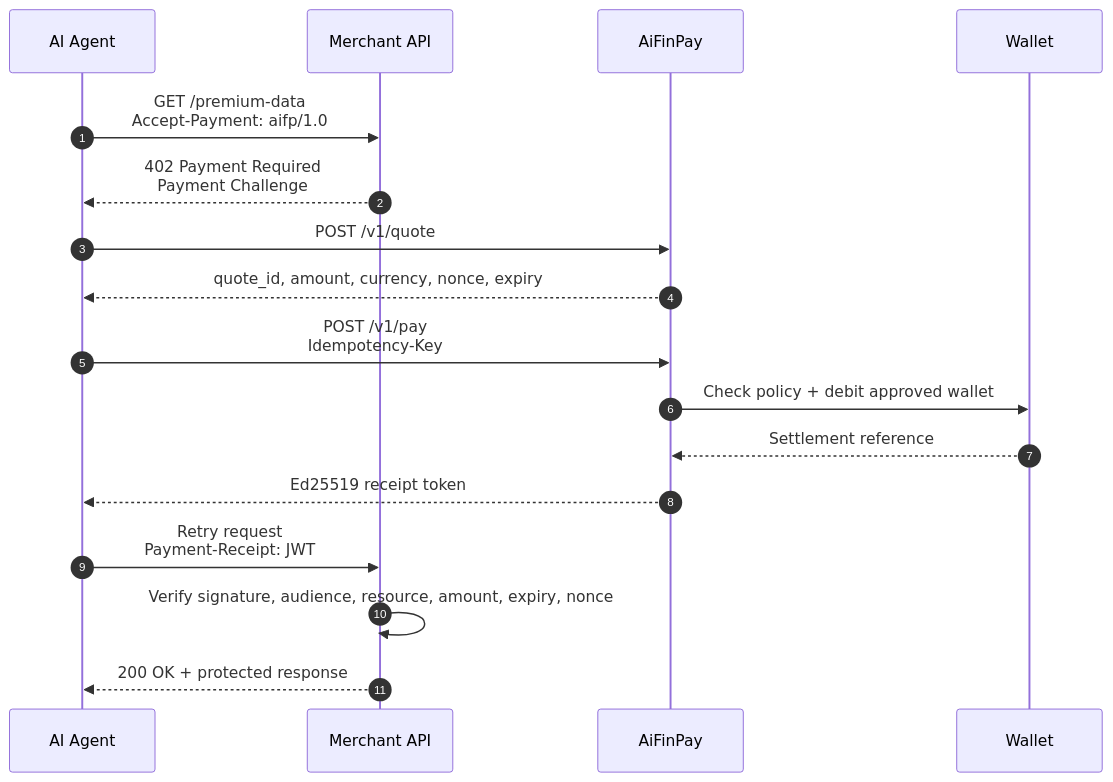
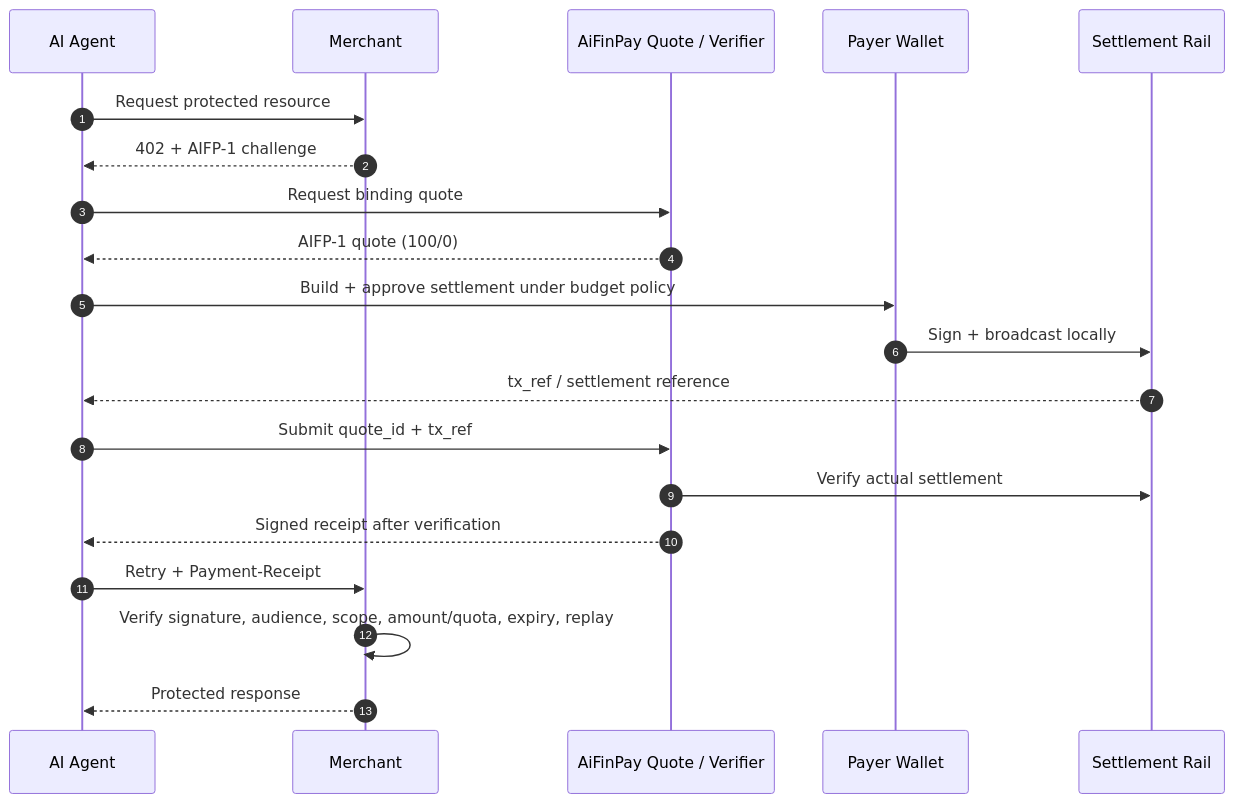
The diagram in README.md (AiFinPay/AIFP-1), drawn with Mermaid before and after one commit. The commit also changed other lines of this file and 25 other files, not shown here.

First line of the commit message:
AIFP-1: post-merge source-of-truth cleanup (#6)

````diff
--- a/README.md
+++ b/README.md
@@ -143,19 +57,23 @@
 ```mermaid
 sequenceDiagram
     autonumber
     participant A as AI Agent
-    participant M as Merchant API
-    participant P as AiFinPay
-    participant W as Wallet
-    A->>M: GET /premium-data<br/>Accept-Payment: aifp/1.0
-    M-->>A: 402 Payment Required<br/>Payment Challenge
-    A->>P: POST /v1/quote
-    P-->>A: quote_id, amount, currency, nonce, expiry
-    A->>P: POST /v1/pay<br/>Idempotency-Key
-    P->>W: Check policy + debit approved wallet
-    W-->>P: Settlement reference
-    P-->>A: Ed25519 receipt token
-    A->>M: Retry request<br/>Payment-Receipt: JWT
-    M->>M: Verify signature, audience, resource, amount, expiry, nonce
-    M-->>A: 200 OK + protected response
+    participant M as Merchant
+    participant P as AiFinPay Quote / Verifier
+    participant W as Payer Wallet
+    participant R as Settlement Rail
+
+    A->>M: Request protected resource
+    M-->>A: 402 + AIFP-1 challenge
+    A->>P: Request binding quote
+    P-->>A: AIFP-1 quote (100/0)
+    A->>W: Build + approve settlement under budget policy
+    W->>R: Sign + broadcast locally
+    R-->>A: tx_ref / settlement reference
+    A->>P: Submit quote_id + tx_ref
+    P->>R: Verify actual settlement
+    P-->>A: Signed receipt after verification
+    A->>M: Retry + Payment-Receipt
+    M->>M: Verify signature, audience, scope, amount/quota, expiry, replay
+    M-->>A: Protected response
 ```
````
